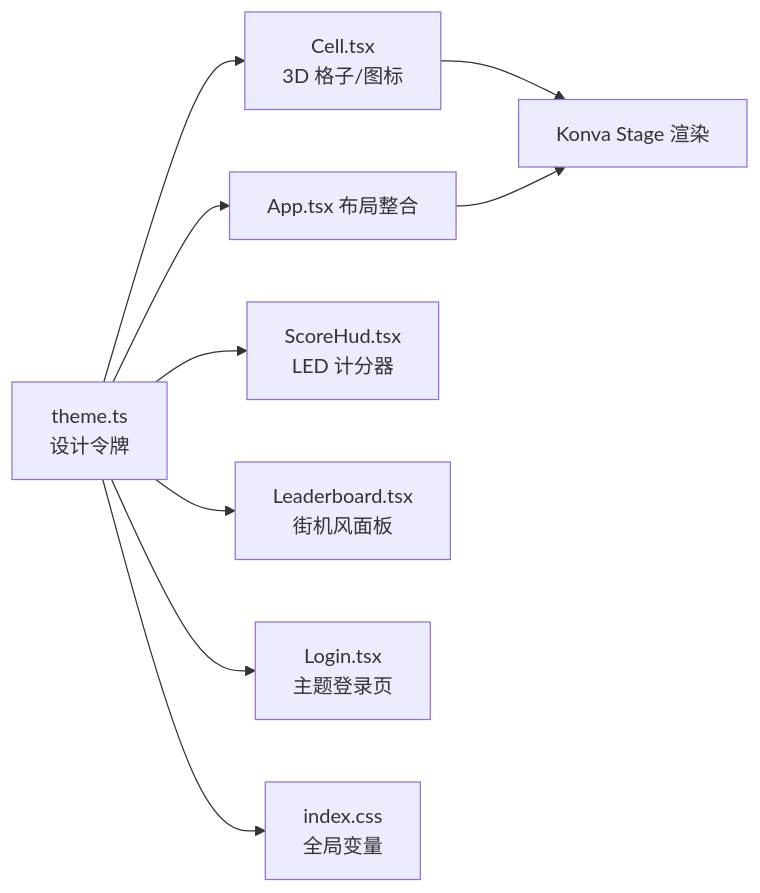
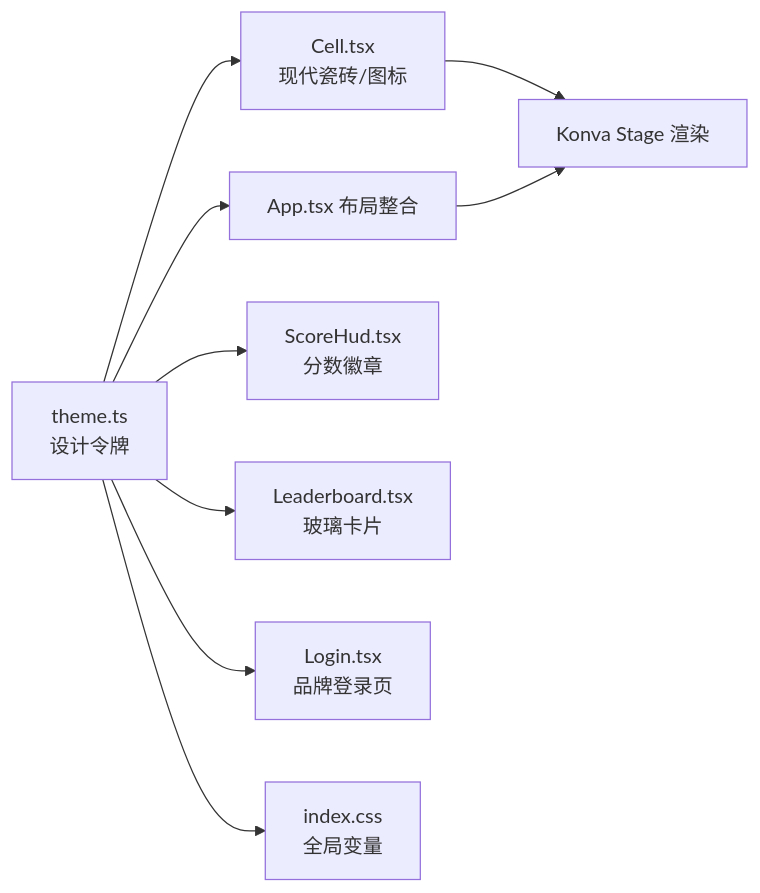
Before and after one commit to Deliay/minefield-online: the diagram in docs/engineering/proposals/20260812-ui-overhaul-proposal.md, drawn with Mermaid. The commit also changed other lines of this file and 1 other file, not shown here.

````diff
--- a/docs/engineering/proposals/20260812-ui-overhaul-proposal.md
+++ b/docs/engineering/proposals/20260812-ui-overhaul-proposal.md
@@ -32,11 +32,11 @@
 ```mermaid
 graph LR
     A[theme.ts<br/>设计令牌] --> B[App.tsx 布局整合]
-    A --> C[Cell.tsx<br/>3D 格子/图标]
-    A --> D[ScoreHud.tsx<br/>LED 计分器]
-    A --> E[Leaderboard.tsx<br/>街机风面板]
-    A --> F[Login.tsx<br/>主题登录页]
+    A --> C[Cell.tsx<br/>现代瓷砖/图标]
+    A --> D[ScoreHud.tsx<br/>分数徽章]
+    A --> E[Leaderboard.tsx<br/>玻璃卡片]
+    A --> F[Login.tsx<br/>品牌登录页]
     A --> G[index.css<br/>全局变量]
     C --> H[Konva Stage 渲染]
     B --> H
 ```
````
